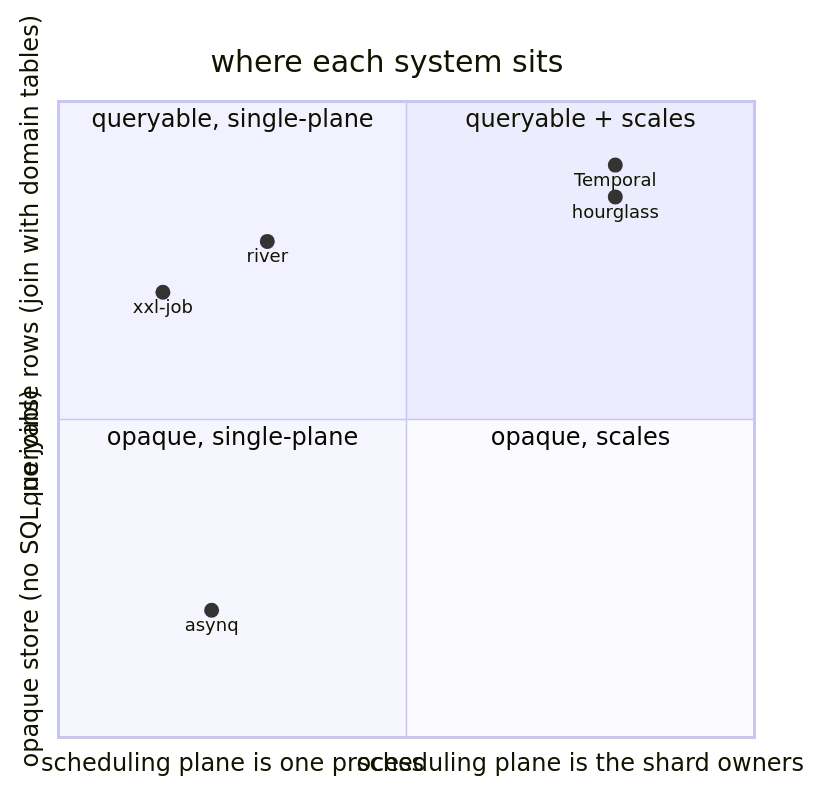
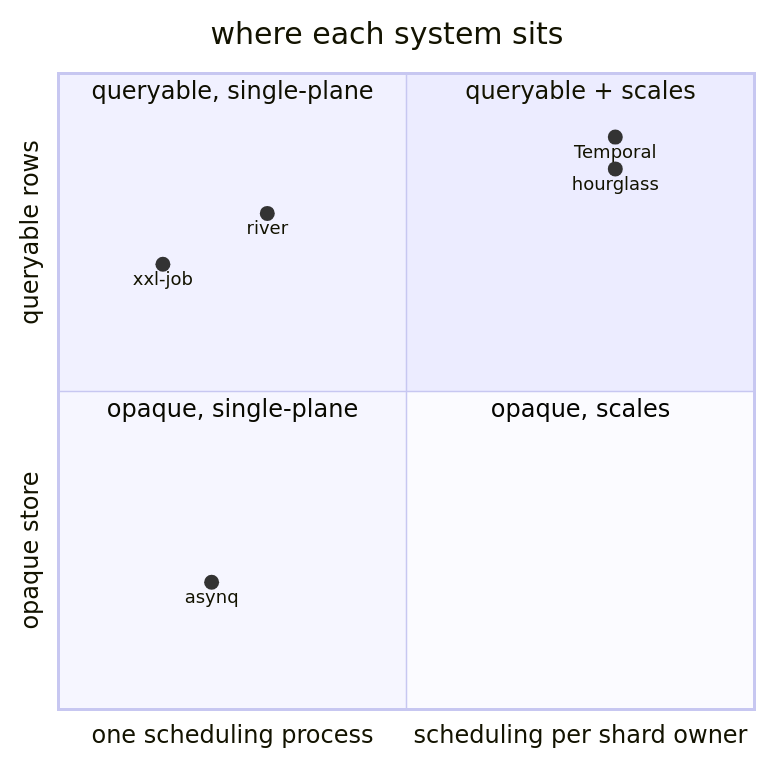
The fourth of 5 diagrams in README.md (EdwardShen125/hourglass), drawn with Mermaid before and after one commit.

Commit message:
comparison chart: shorten axis labels (mermaid overlaps long axis text)

````diff
--- a/README.md
+++ b/README.md
@@ -201,15 +201,15 @@
 ```mermaid
 quadrantChart
     title where each system sits
-    x-axis "scheduling plane is one process" --> "scheduling plane is the shard owners"
-    y-axis "opaque store (no SQL, no joins)" --> "queryable rows (join with domain tables)"
+    x-axis "one scheduling process" --> "scheduling per shard owner"
+    y-axis "opaque store" --> "queryable rows"
     quadrant-1 "queryable + scales"
     quadrant-2 "queryable, single-plane"
     quadrant-3 "opaque, single-plane"
     quadrant-4 "opaque, scales"
     "asynq": [0.22, 0.2]
     "river": [0.3, 0.78]
     "xxl-job": [0.15, 0.7]
     "Temporal": [0.8, 0.9]
     "hourglass": [0.8, 0.85]
 ```
````
